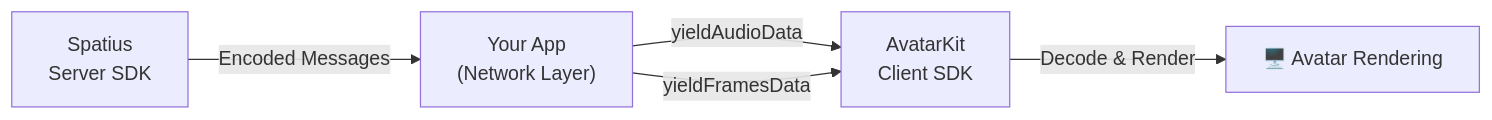
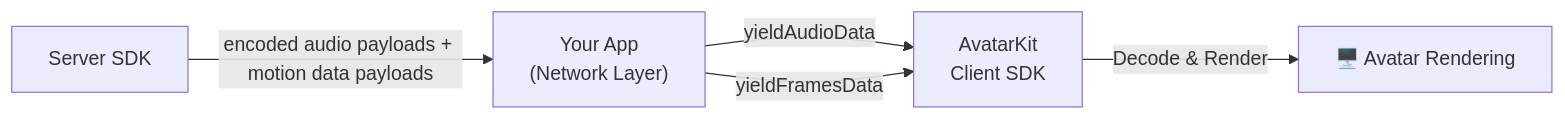
One commit to spatius-ai/docs changed the diagram in backend-mode/own-transport.mdx. Above: the diagram before and after it, drawn with Mermaid. The commit also changed other lines of this file and 24 other files, not shown here.

````diff
--- a/backend-mode/own-transport.mdx
+++ b/backend-mode/own-transport.mdx
@@ -13,7 +13,7 @@
 ```mermaid
 flowchart LR
-    A["Spatius<br/>Server SDK"] -->|Encoded Messages| B["Your App<br/>(Network Layer)"]
+    A["Server SDK"] -->|encoded audio payloads + motion data payloads| B["Your App<br/>(Network Layer)"]
     B -->|yieldAudioData| C["AvatarKit<br/>Client SDK"]
     B -->|yieldFramesData| C
     C -->|Decode & Render| D["🖥️ Avatar Rendering"]
 ```
````
